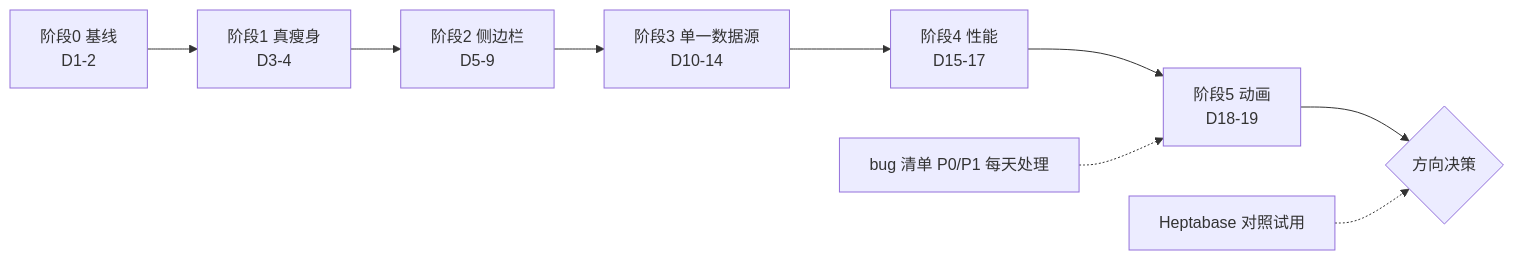
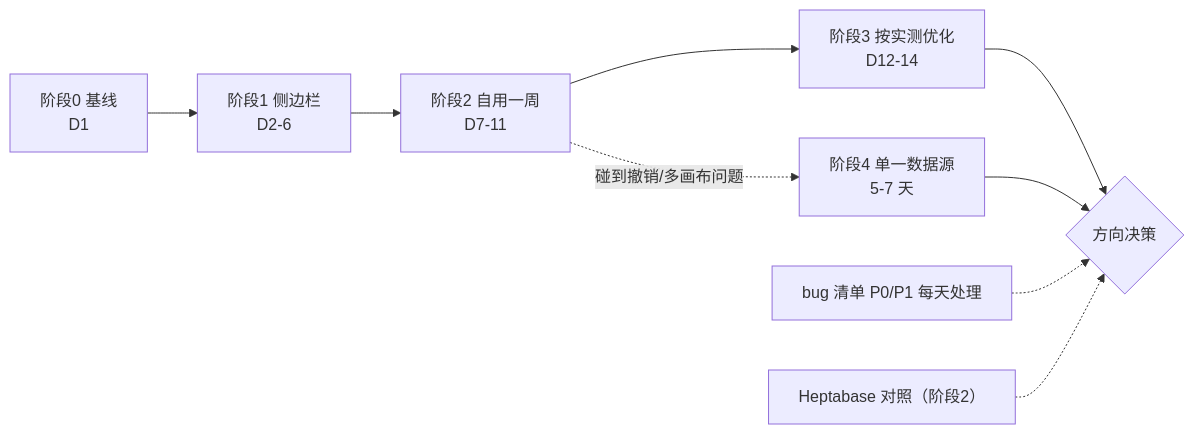
Before and after one commit to laogui/electrobun-starter-tanstack: the diagram in docs/remediation-plan.md, drawn with Mermaid. The commit also changed other lines of this file and 2 other files, not shown here.

````diff
--- a/docs/remediation-plan.md
+++ b/docs/remediation-plan.md
@@ -169,6 +197,7 @@
 ```mermaid
 flowchart LR
-  P0["阶段0 基线<br/>D1-2"] --> P1["阶段1 真瘦身<br/>D3-4"] --> P2["阶段2 侧边栏<br/>D5-9"] --> P3["阶段3 单一数据源<br/>D10-14"] --> P4["阶段4 性能<br/>D15-17"] --> P5["阶段5 动画<br/>D18-19"] --> G{"方向决策"}
-  B["bug 清单 P0/P1 每天处理"] -.-> P5
-  H["Heptabase 对照试用"] -.-> G
+  P0["阶段0 基线<br/>D1"] --> P1["阶段1 侧边栏<br/>D2-6"] --> P2["阶段2 自用一周<br/>D7-11"] --> P3["阶段3 按实测优化<br/>D12-14"] --> G{"方向决策"}
+  P2 -. "碰到撤销/多画布问题" .-> P4["阶段4 单一数据源<br/>5-7 天"] --> G
+  B["bug 清单 P0/P1 每天处理"] -.-> G
+  H["Heptabase 对照（阶段2）"] -.-> G
 ```
````
